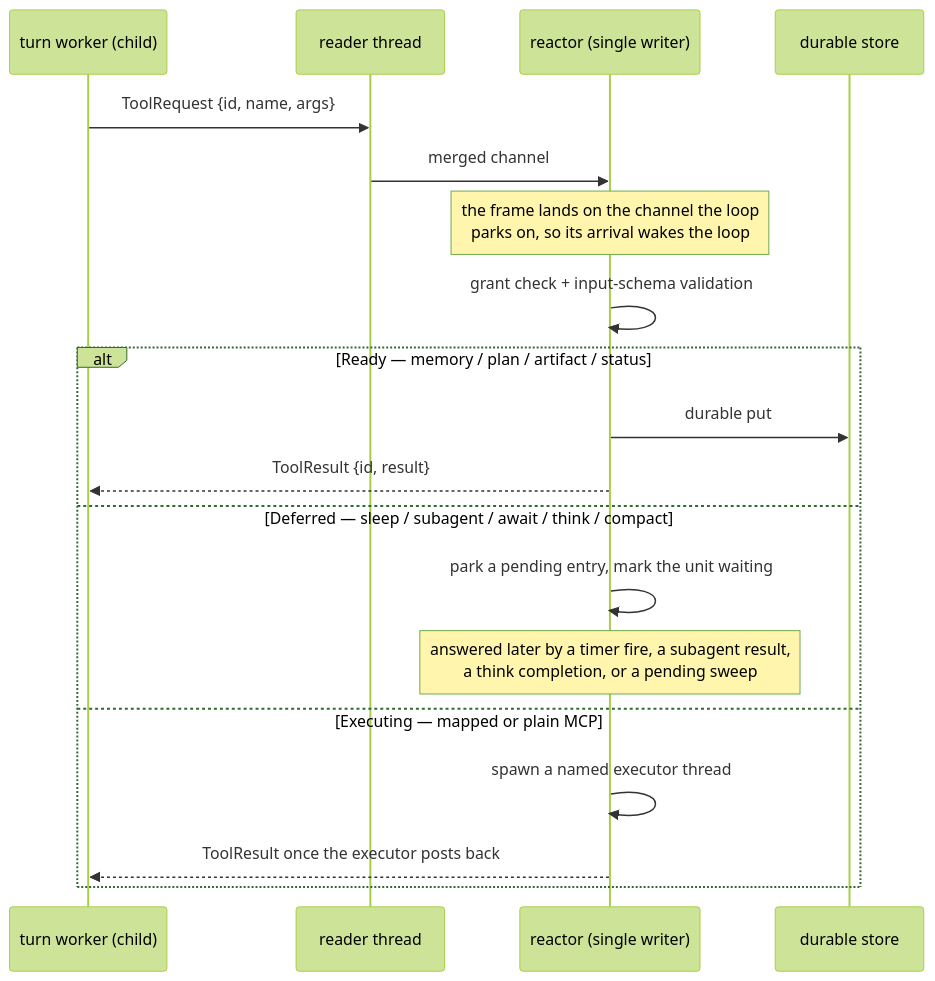
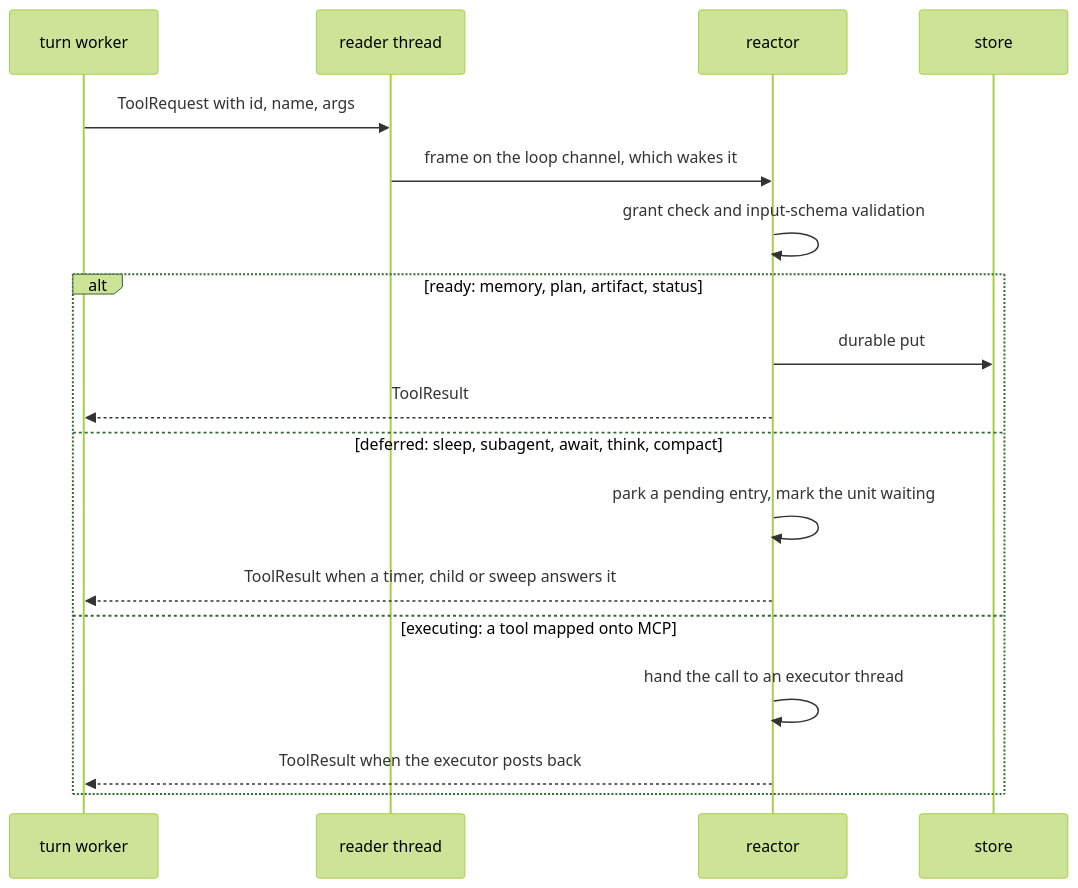
One commit to agentd-dev/source-code changed the first of 5 diagrams in docs/harness.md. Above: the diagram before and after it, drawn with Mermaid (forest theme). The commit also changed other lines of this file and 110 other files, not shown here.

````diff
--- a/docs/harness.md
+++ b/docs/harness.md
@@ -155,21 +48,20 @@
 ```mermaid
 sequenceDiagram
-  participant W as turn worker (child)
+  participant W as turn worker
   participant P as reader thread
-  participant R as reactor (single writer)
-  participant S as durable store
-  W->>P: ToolRequest {id, name, args}
-  P->>R: merged channel
-  Note over R: the frame lands on the channel the loop<br/>parks on, so its arrival wakes the loop
-  R->>R: grant check + input-schema validation
-  alt Ready — memory / plan / artifact / status
+  participant R as reactor
+  participant S as store
+  W->>P: ToolRequest with id, name, args
+  P->>R: frame on the loop channel, which wakes it
+  R->>R: grant check and input-schema validation
+  alt ready: memory, plan, artifact, status
     R->>S: durable put
-    R-->>W: ToolResult {id, result}
-  else Deferred — sleep / subagent / await / think / compact
+    R-->>W: ToolResult
+  else deferred: sleep, subagent, await, think, compact
     R->>R: park a pending entry, mark the unit waiting
-    Note over R: answered later by a timer fire, a subagent result,<br/>a think completion, or a pending sweep
-  else Executing — mapped or plain MCP
-    R->>R: spawn a named executor thread
-    R-->>W: ToolResult once the executor posts back
+    R-->>W: ToolResult when a timer, child or sweep answers it
+  else executing: a tool mapped onto MCP
+    R->>R: hand the call to an executor thread
+    R-->>W: ToolResult when the executor posts back
   end
 ```
````
